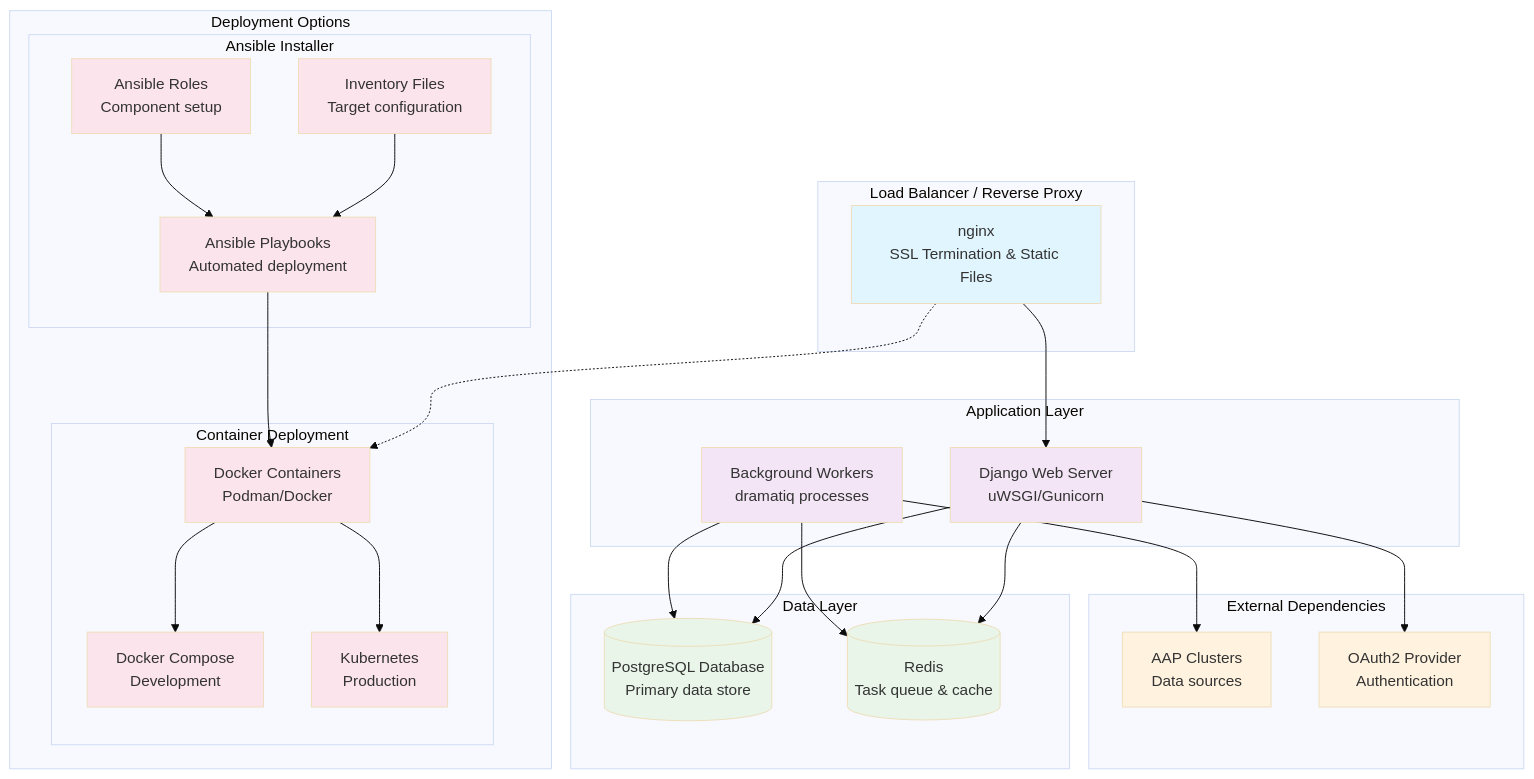
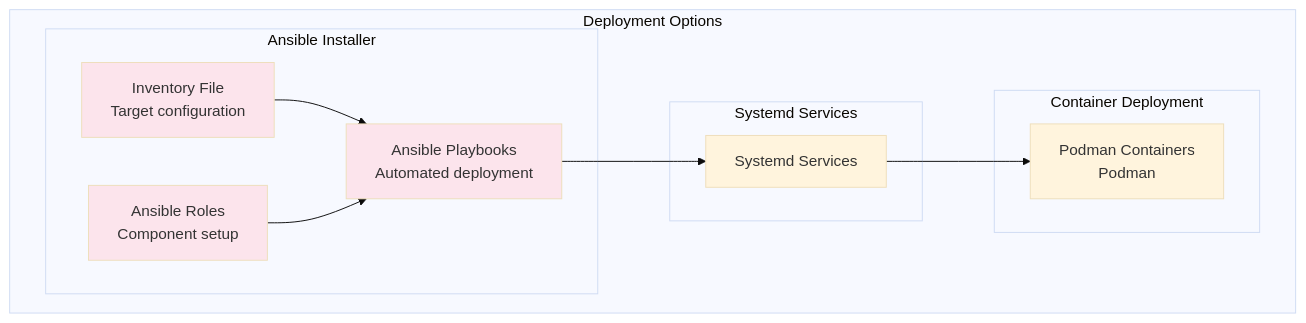
The first of 2 diagrams in docs/07-deployment-architecture.md (ansible/automation-reports), drawn with Mermaid (base theme) before and after one commit. The commit also changed other lines of this file, not shown here.

Commit message:
Adjust docs/07-deployment-architecture.md

````diff
--- a/docs/07-deployment-architecture.md
+++ b/docs/07-deployment-architecture.md
@@ -9,62 +14,35 @@
 ```mermaid
 graph TB
-    subgraph "Load Balancer / Reverse Proxy"
-        LB[nginx<br/>SSL Termination & Static Files]
-    end
+    subgraph "Deployment Options"
+        subgraph "Systemd Services"
+            SYSTEMD[Systemd Services]
+        end
 
-    subgraph "Application Layer"
-        WEB[Django Web Server<br/>uWSGI/Gunicorn]
-        WORKER[Background Workers<br/>dramatiq processes]
-    end
-
-    subgraph "Data Layer"
-        DB[(PostgreSQL Database<br/>Primary data store)]
-        REDIS[(Redis<br/>Task queue & cache)]
-    end
-
-    subgraph "External Dependencies"
-        AAP[AAP Clusters<br/>Data sources]
-        OAUTH[OAuth2 Provider<br/>Authentication]
-    end
-
-    subgraph "Deployment Options"
         subgraph "Container Deployment"
-            DOCKER[Docker Containers<br/>Podman/Docker]
-            COMPOSE[Docker Compose<br/>Development]
-            K8S[Kubernetes<br/>Production]
+            PODMAN[Podman Containers<br/>Podman]
         end
 
         subgraph "Ansible Installer"
             PLAYBOOK[Ansible Playbooks<br/>Automated deployment]
-            INVENTORY[Inventory Files<br/>Target configuration]
+            INVENTORY[Inventory File<br/>Target configuration]
             ROLES[Ansible Roles<br/>Component setup]
         end
     end
 
-    LB --> WEB
-    WEB --> DB
-    WEB --> REDIS
-    WORKER --> DB
-    WORKER --> REDIS
-    WORKER --> AAP
 
-    WEB --> OAUTH
-    LB -.-> DOCKER
-    DOCKER --> COMPOSE
-    DOCKER --> K8S
-    PLAYBOOK --> DOCKER
+    SYSTEMD --> PODMAN
+    PLAYBOOK --> SYSTEMD
     INVENTORY --> PLAYBOOK
     ROLES --> PLAYBOOK
 
     classDef proxy fill:#e1f5fe
     classDef app fill:#f3e5f5
     classDef data fill:#e8f5e8
     classDef external fill:#fff3e0
     classDef deploy fill:#fce4ec
 
     class LB proxy
     class WEB,WORKER app
-    class DB,REDIS data
     class AAP,OAUTH external
     class DOCKER,COMPOSE,K8S,PLAYBOOK,INVENTORY,ROLES deploy
 ```
````
